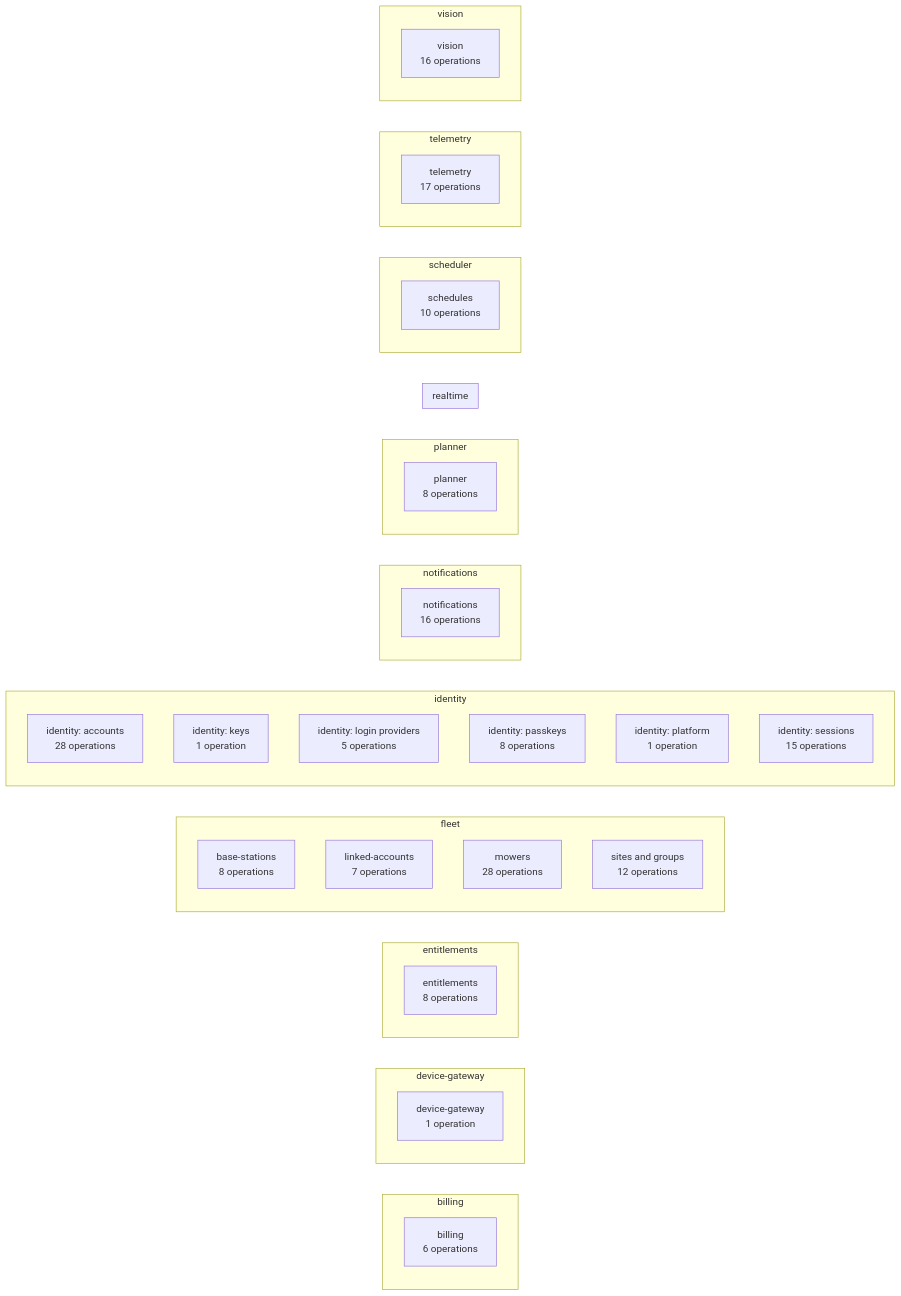
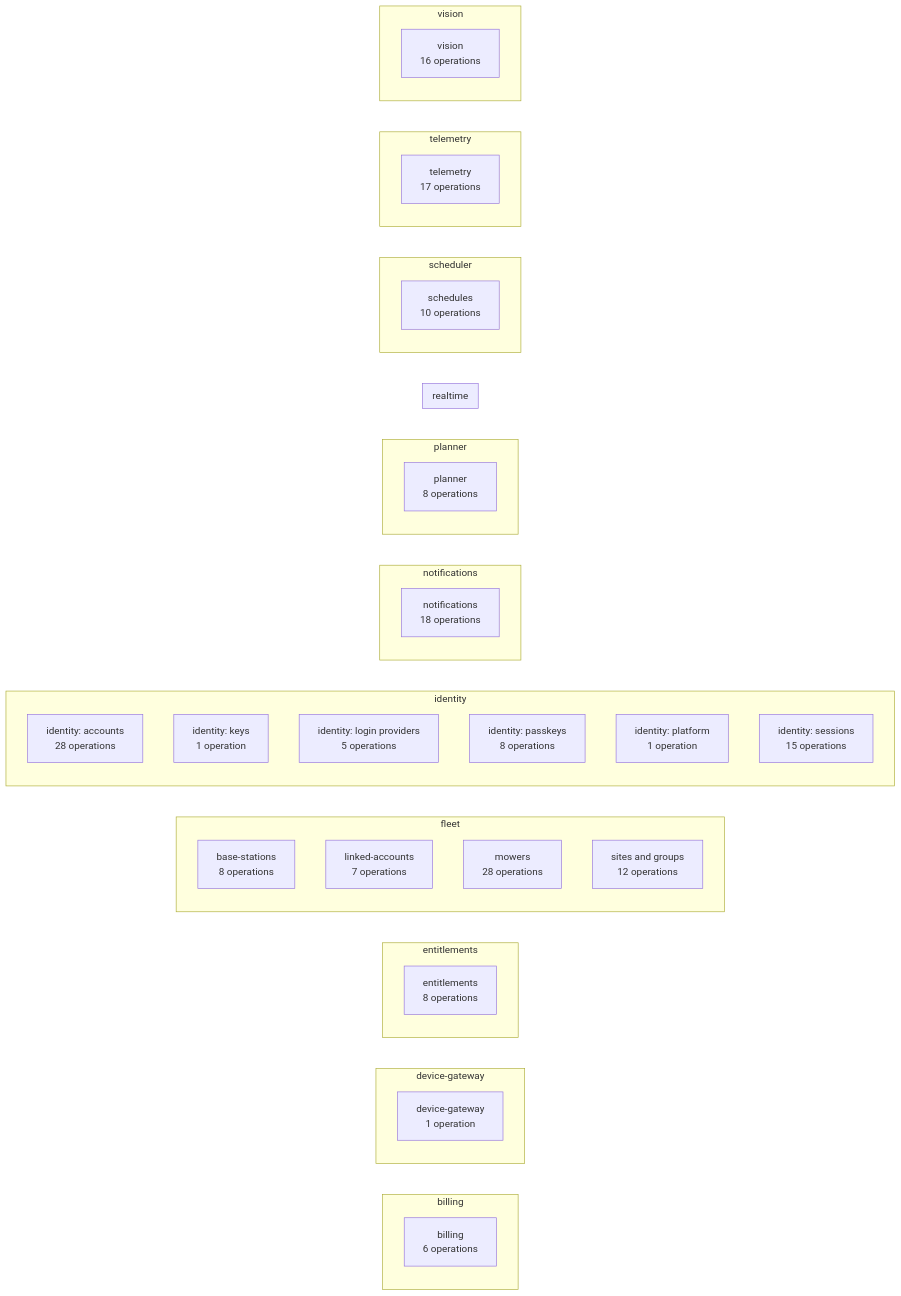
One commit to lukislp/mowdeck changed diagram 14 of 15 in docs/architecture/generated.md. Above: the diagram before and after it, drawn with Mermaid. The commit also changed other lines of this file, not shown here.

Commit message:
docs: regenerate the architecture diagrams

````diff
--- a/docs/architecture/generated.md
+++ b/docs/architecture/generated.md
@@ -422,54 +424,54 @@
 ```mermaid
 flowchart LR
   subgraph billing["billing"]
     direction TB
     billing_billing["billing<br/>6 operations"]
   end
   subgraph device_gateway["device-gateway"]
     direction TB
     device_gateway_device_gateway["device-gateway<br/>1 operation"]
   end
   subgraph entitlements["entitlements"]
     direction TB
     entitlements_entitlements["entitlements<br/>8 operations"]
   end
   subgraph fleet["fleet"]
     direction TB
     fleet_base_stations["base-stations<br/>8 operations"]
     fleet_linked_accounts["linked-accounts<br/>7 operations"]
     fleet_mowers["mowers<br/>28 operations"]
     fleet_sites_and_groups["sites and groups<br/>12 operations"]
   end
   subgraph identity["identity"]
     direction TB
     identity_identity__accounts["identity: accounts<br/>28 operations"]
     identity_identity__keys["identity: keys<br/>1 operation"]
     identity_identity__login_providers["identity: login providers<br/>5 operations"]
     identity_identity__passkeys["identity: passkeys<br/>8 operations"]
     identity_identity__platform["identity: platform<br/>1 operation"]
     identity_identity__sessions["identity: sessions<br/>15 operations"]
   end
   subgraph notifications["notifications"]
     direction TB
-    notifications_notifications["notifications<br/>16 operations"]
+    notifications_notifications["notifications<br/>18 operations"]
   end
   subgraph planner["planner"]
     direction TB
     planner_planner["planner<br/>8 operations"]
   end
   subgraph realtime["realtime"]
     direction TB
   end
   subgraph scheduler["scheduler"]
     direction TB
     scheduler_schedules["schedules<br/>10 operations"]
   end
   subgraph telemetry["telemetry"]
     direction TB
     telemetry_telemetry["telemetry<br/>17 operations"]
   end
   subgraph vision["vision"]
     direction TB
     vision_vision["vision<br/>16 operations"]
   end
 ```
````
